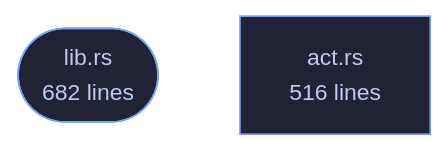
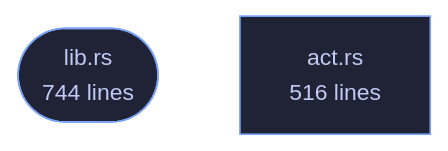
One commit to tilas01/veilvoice changed the diagram in crates/veilvoice-failsafe/README.md. Above: the diagram before and after it, drawn with Mermaid. The commit also changed other lines of this file and 528 other files, not shown here.

````diff
--- a/crates/veilvoice-failsafe/README.md
+++ b/crates/veilvoice-failsafe/README.md
@@ -106,8 +106,8 @@
 ```mermaid
 %%{init: {"theme":"base","themeVariables":{"background":"#1a1b26","primaryColor":"#1f2335","primaryTextColor":"#c0caf5","primaryBorderColor":"#7aa2f7","secondaryColor":"#16161e","tertiaryColor":"#16161e","lineColor":"#737aa2","textColor":"#c0caf5","mainBkg":"#1f2335","nodeBorder":"#7aa2f7","clusterBkg":"#16161e","clusterBorder":"#2f3549","fontFamily":"ui-monospace, SFMono-Regular, Consolas, monospace","fontSize":"14px"}}}%%
 flowchart TD
-    n_lib(["lib.rs<br/>682 lines"])
+    n_lib(["lib.rs<br/>744 lines"])
     n_act["act.rs<br/>516 lines"]
     click n_lib href "https://github.com/tilas01/veilvoice/blob/main/crates/veilvoice-failsafe/src/lib.rs" "open the source"
     click n_act href "https://github.com/tilas01/veilvoice/blob/main/crates/veilvoice-failsafe/src/act.rs" "open the source"
 ```
````
